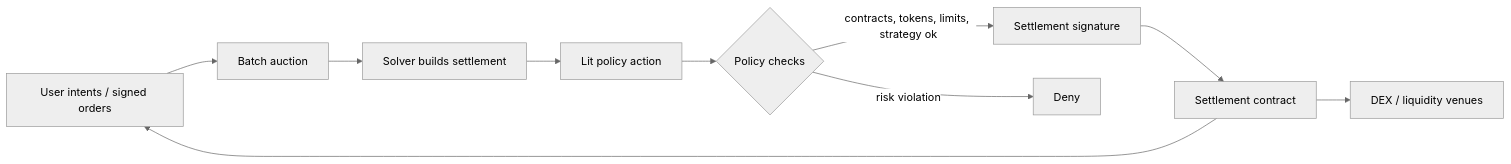
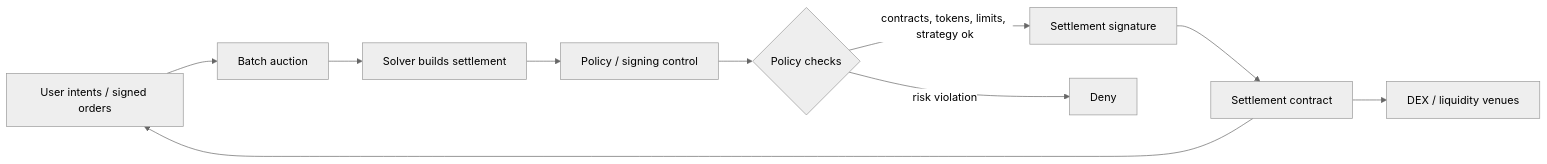
The second of 6 diagrams in plans/cross-chain-solver-report.md (LIT-Protocol/chipotle), drawn with Mermaid (neutral theme) before and after one commit. The commit also changed other lines of this file, not shown here.

Commit message:
docs: make solver report vendor-neutral

````diff
--- a/plans/cross-chain-solver-report.md
+++ b/plans/cross-chain-solver-report.md
@@ -390,12 +352,12 @@
 ```mermaid
 flowchart LR
   Users[User intents / signed orders] --> Auction[Batch auction]
   Auction --> Solver[Solver builds settlement]
-  Solver --> Lit[Lit policy action]
-  Lit --> Checks{Policy checks}
+  Solver --> Control[Policy / signing control]
+  Control --> Checks{Policy checks}
   Checks -->|contracts, tokens, limits, strategy ok| Sig[Settlement signature]
   Checks -->|risk violation| Deny[Deny]
   Sig --> Settlement[Settlement contract]
   Settlement --> Users
   Settlement --> Venues[DEX / liquidity venues]
 ```
````
